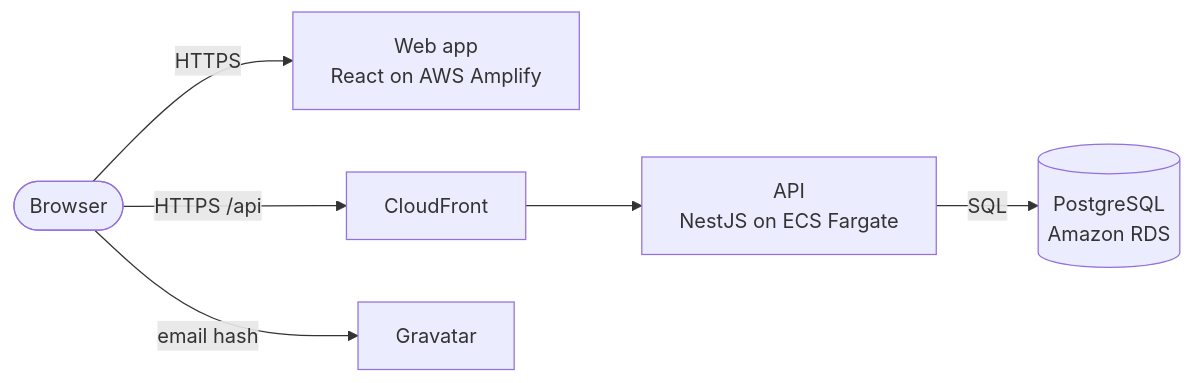
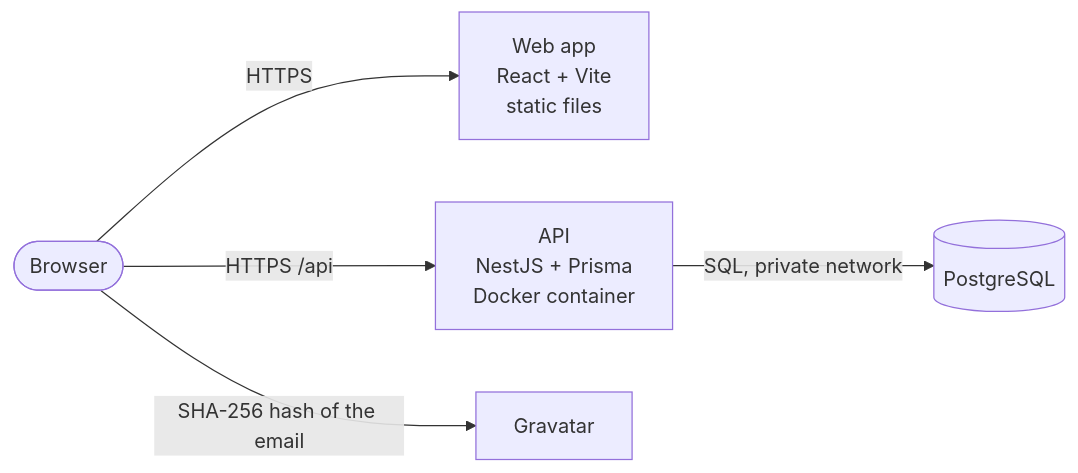
Before and after one commit to Ayush-B99/hierarchyHub: the first of 3 diagrams in docs/technical/TECHNICAL.md, drawn with Mermaid. The commit also changed other lines of this file and 1 other file, not shown here.

Commit message:
Add deployment and architecture diagrams, finalise the technical document

````diff
--- a/docs/technical/TECHNICAL.md
+++ b/docs/technical/TECHNICAL.md
@@ -15,8 +18,7 @@
 ```mermaid
 flowchart LR
-    browser(["Browser"]) -->|"HTTPS"| web["Web app<br/>React on AWS Amplify"]
-    browser -->|"HTTPS /api"| cdn["CloudFront"]
-    cdn --> api["API<br/>NestJS on ECS Fargate"]
-    api -->|"SQL"| db[("PostgreSQL<br/>Amazon RDS")]
-    browser -->|"email hash"| grav["Gravatar"]
+    browser(["Browser"]) -->|"HTTPS"| web["Web app<br/>React + Vite<br/>static files"]
+    browser -->|"HTTPS /api"| api["API<br/>NestJS + Prisma<br/>Docker container"]
+    api -->|"SQL, private network"| db[("PostgreSQL")]
+    browser -->|"SHA-256 hash of the email"| grav["Gravatar"]
 ```
````
